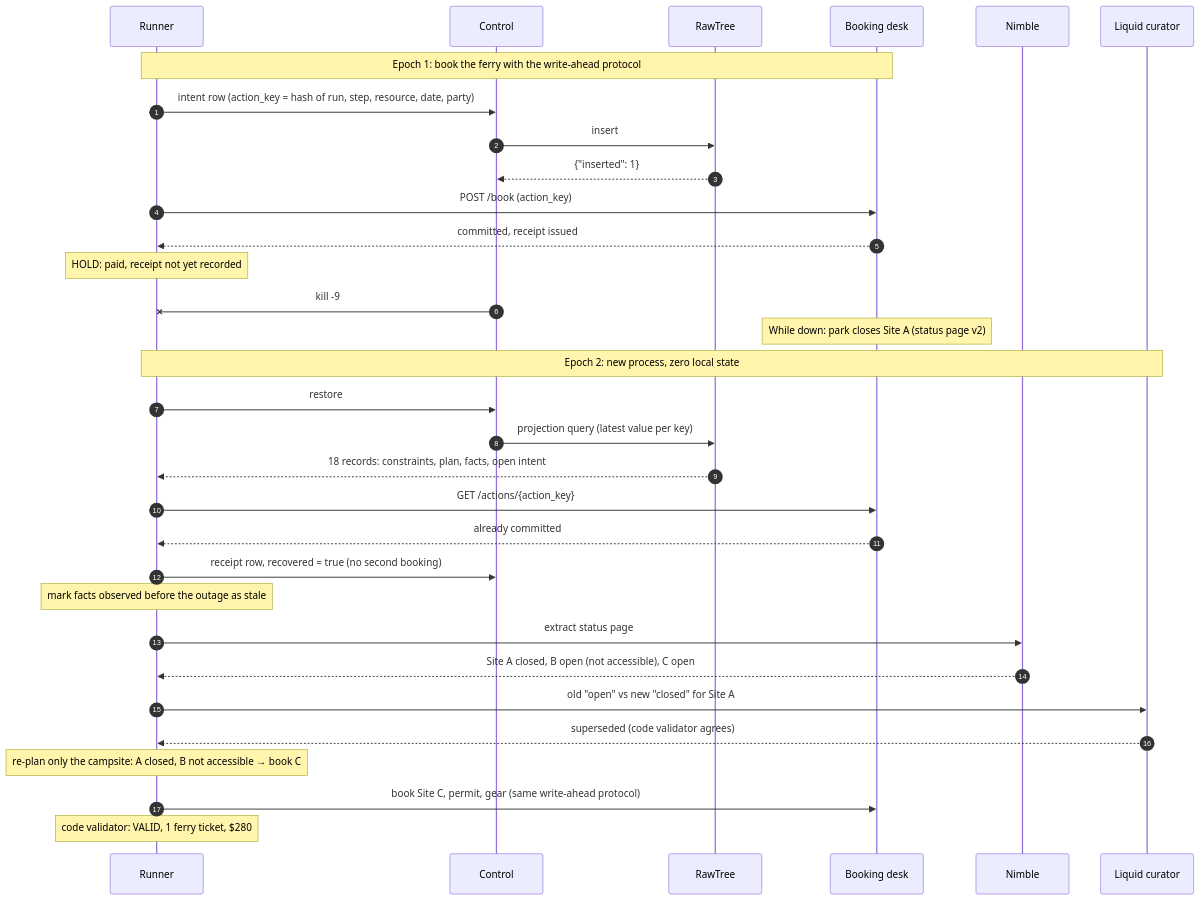
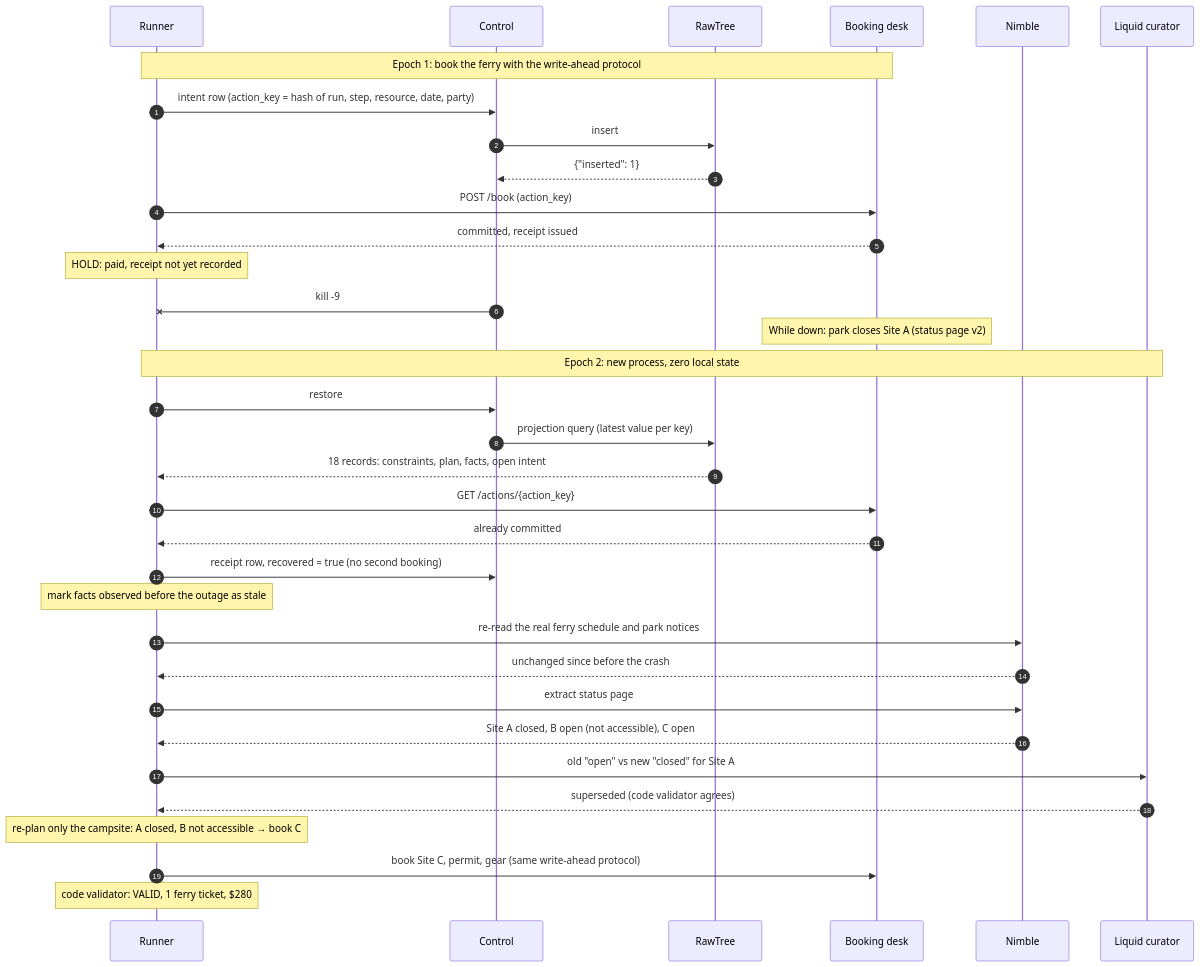
One commit to nihalnihalani/horizonhackathon changed the second of 3 diagrams in README.md. Above: the diagram before and after it, drawn with Mermaid. The commit also changed other lines of this file and 10 other files, not shown here.

First line of the commit message:
Read the real Angel Island ferry schedule and park notices through Nimble

````diff
--- a/README.md
+++ b/README.md
@@ -126,37 +130,39 @@
 ```mermaid
 sequenceDiagram
     autonumber
     participant R as Runner
     participant C as Control
     participant T as RawTree
     participant D as Booking desk
     participant N as Nimble
     participant L as Liquid curator
 
     Note over R,D: Epoch 1: book the ferry with the write-ahead protocol
     R->>C: intent row (action_key = hash of run, step, resource, date, party)
     C->>T: insert
     T-->>C: {"inserted": 1}
     R->>D: POST /book (action_key)
     D-->>R: committed, receipt issued
     Note over R: HOLD: paid, receipt not yet recorded
     C-xR: kill -9
 
     Note over D: While down: park closes Site A (status page v2)
 
     Note over R,L: Epoch 2: new process, zero local state
     R->>C: restore
     C->>T: projection query (latest value per key)
     T-->>R: 18 records: constraints, plan, facts, open intent
     R->>D: GET /actions/{action_key}
     D-->>R: already committed
     R->>C: receipt row, recovered = true (no second booking)
     Note over R: mark facts observed before the outage as stale
+    R->>N: re-read the real ferry schedule and park notices
+    N-->>R: unchanged since before the crash
     R->>N: extract status page
     N-->>R: Site A closed, B open (not accessible), C open
     R->>L: old "open" vs new "closed" for Site A
     L-->>R: superseded (code validator agrees)
     Note over R: re-plan only the campsite: A closed, B not accessible → book C
     R->>D: book Site C, permit, gear (same write-ahead protocol)
     Note over R: code validator: VALID, 1 ferry ticket, $280
 ```
````
